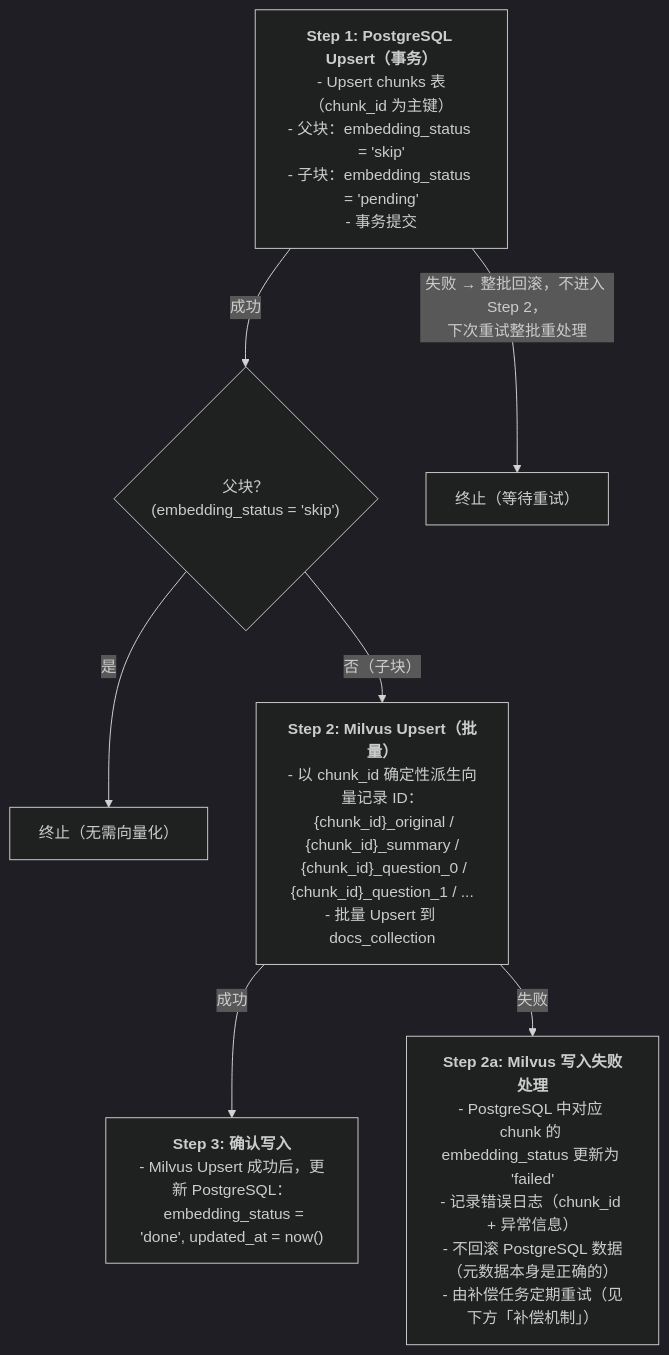
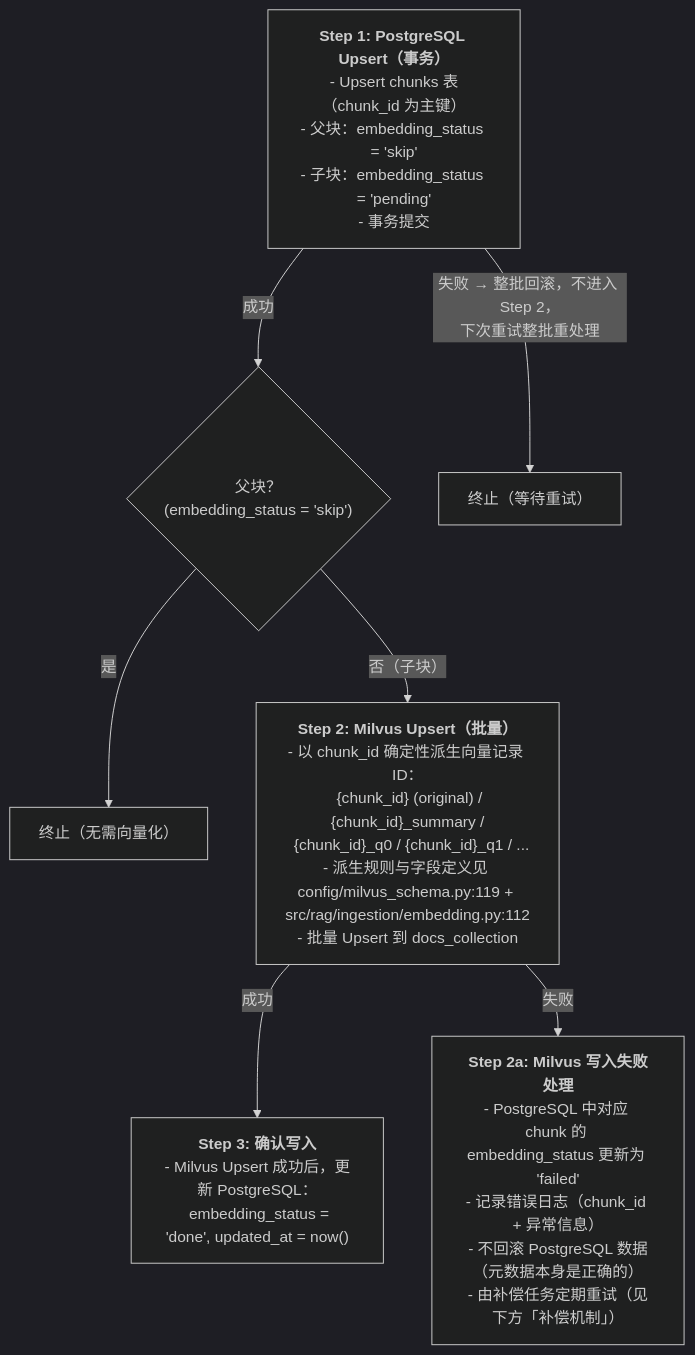
One commit to Handshakeworm/Agentic-RAG-Medical-care-Assistant changed the second of 5 diagrams in DEV_SPEC.md. Above: the diagram before and after it, drawn with Mermaid (dark theme). The commit also changed other lines of this file and 21 other files, not shown here.

````diff
--- a/DEV_SPEC.md
+++ b/DEV_SPEC.md
@@ -1707,18 +1707,18 @@
 ```mermaid
 flowchart TD
     S1["<b>Step 1: PostgreSQL Upsert（事务）</b><br/>- Upsert chunks 表（chunk_id 为主键）<br/>- 父块：embedding_status = 'skip'<br/>- 子块：embedding_status = 'pending'<br/>- 事务提交"]
     S1 -->|成功| BRANCH
     S1 -->|"失败 → 整批回滚，不进入 Step 2，<br/>下次重试整批重处理"| END1["终止（等待重试）"]
 
     BRANCH{"父块？<br/>(embedding_status = 'skip')"}
     BRANCH -->|是| END2["终止（无需向量化）"]
     BRANCH -->|否（子块）| S2
 
-    S2["<b>Step 2: Milvus Upsert（批量）</b><br/>- 以 chunk_id 确定性派生向量记录 ID：<br/>&ensp;{chunk_id}_original / {chunk_id}_summary /<br/>&ensp;{chunk_id}_question_0 / {chunk_id}_question_1 / ...<br/>- 批量 Upsert 到 docs_collection"]
+    S2["<b>Step 2: Milvus Upsert（批量）</b><br/>- 以 chunk_id 确定性派生向量记录 ID：<br/>&ensp;{chunk_id} (original) / {chunk_id}_summary /<br/>&ensp;{chunk_id}_q0 / {chunk_id}_q1 / ...<br/>- 派生规则与字段定义见 config/milvus_schema.py:119 + src/rag/ingestion/embedding.py:112<br/>- 批量 Upsert 到 docs_collection"]
     S2 -->|成功| S3
     S2 -->|失败| S2a
 
     S2a["<b>Step 2a: Milvus 写入失败处理</b><br/>- PostgreSQL 中对应 chunk 的 embedding_status 更新为 'failed'<br/>- 记录错误日志（chunk_id + 异常信息）<br/>- 不回滚 PostgreSQL 数据（元数据本身是正确的）<br/>- 由补偿任务定期重试（见下方「补偿机制」）"]
 
     S3["<b>Step 3: 确认写入</b><br/>- Milvus Upsert 成功后，更新 PostgreSQL：<br/>&ensp;embedding_status = 'done', updated_at = now()"]
 ```
````
